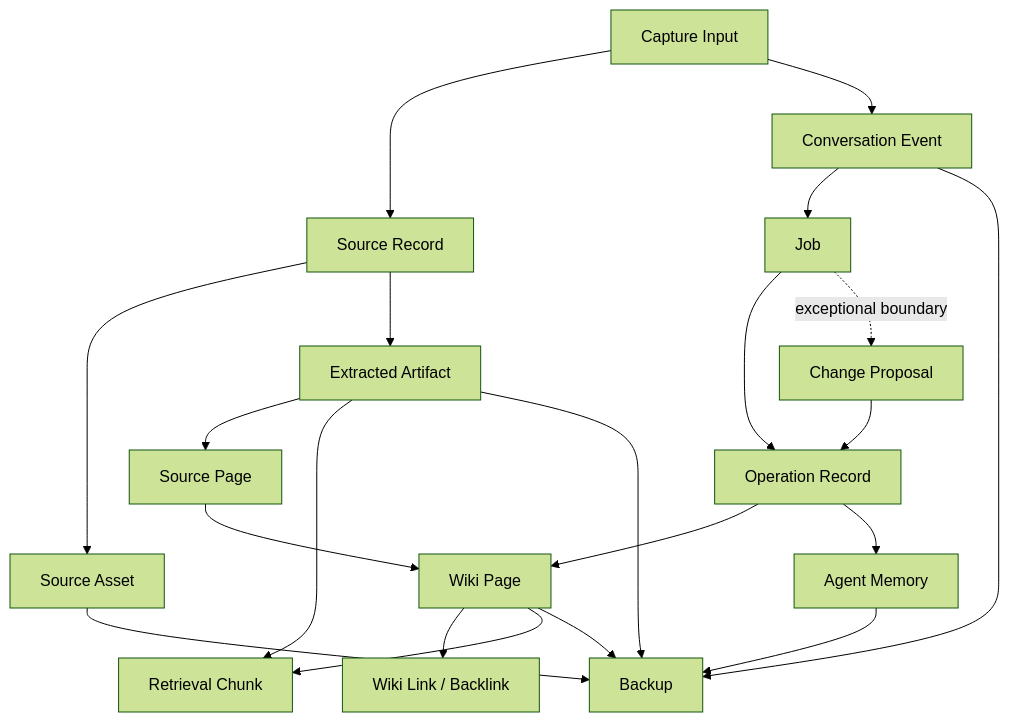
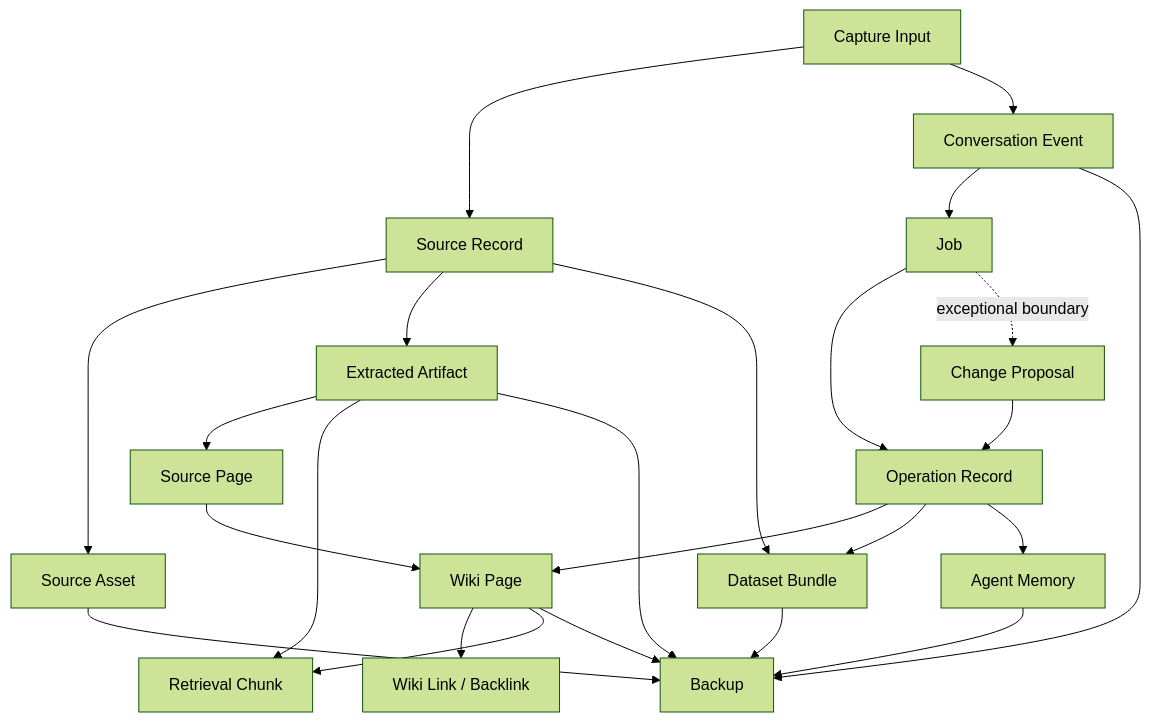
Before and after one commit to YinsenW/Pige: the diagram in docs/DOMAIN_MODEL.md, drawn with Mermaid (forest theme). The commit also changed other lines of this file and 29 other files, not shown here.

Commit message:
docs: define structured Dataset architecture

````diff
--- a/docs/DOMAIN_MODEL.md
+++ b/docs/DOMAIN_MODEL.md
@@ -14,23 +14,26 @@
 ```mermaid
 flowchart TD
   Capture["Capture Input"] --> Source["Source Record"]
   Source --> SourceAsset["Source Asset"]
   Source --> Artifact["Extracted Artifact"]
+  Source --> Dataset["Dataset Bundle"]
   Artifact --> SourcePage["Source Page"]
   Artifact --> Chunk["Retrieval Chunk"]
   SourcePage --> WikiPage["Wiki Page"]
   WikiPage --> Link["Wiki Link / Backlink"]
   WikiPage --> Chunk
   Capture --> Conversation["Conversation Event"]
   Conversation --> Job["Job"]
   Job --> Operation["Operation Record"]
   Job -. exceptional boundary .-> Proposal["Change Proposal"]
   Proposal --> Operation
   Operation --> WikiPage
+  Operation --> Dataset
   Operation --> Memory["Agent Memory"]
   WikiPage --> Backup["Backup"]
   SourceAsset --> Backup
   Artifact --> Backup
+  Dataset --> Backup
   Conversation --> Backup
   Memory --> Backup
 ```
````
